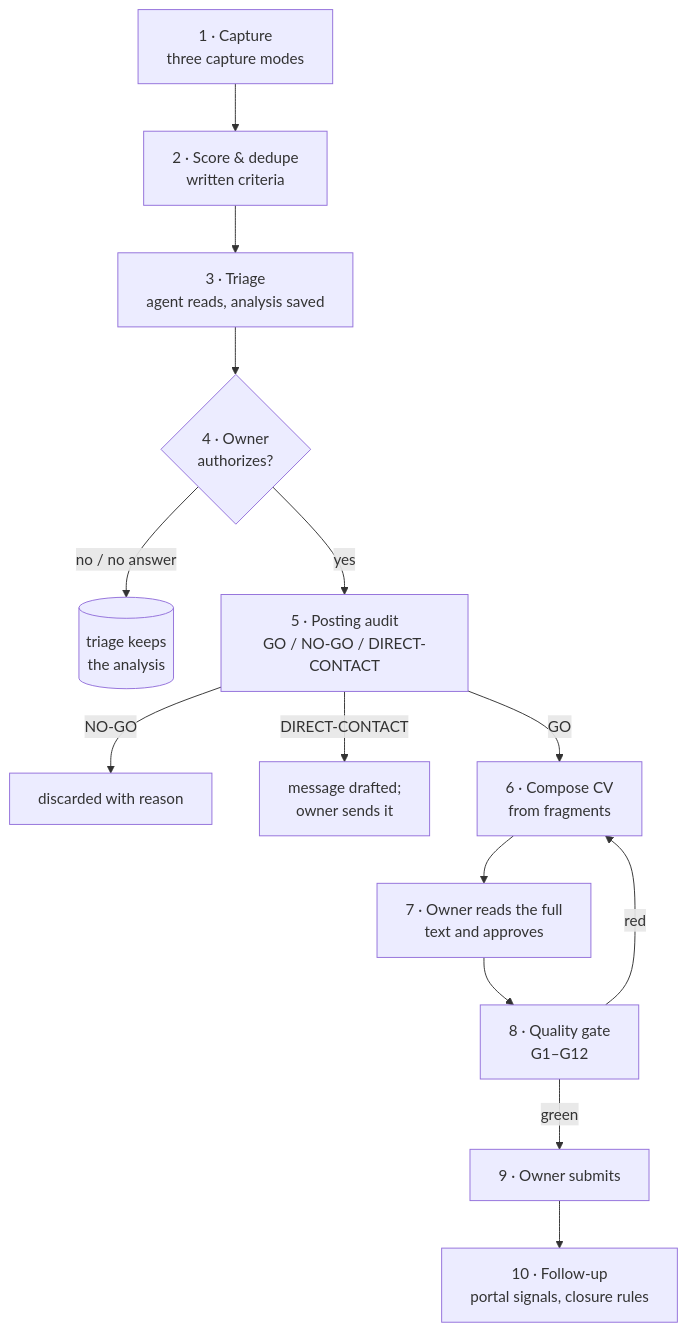
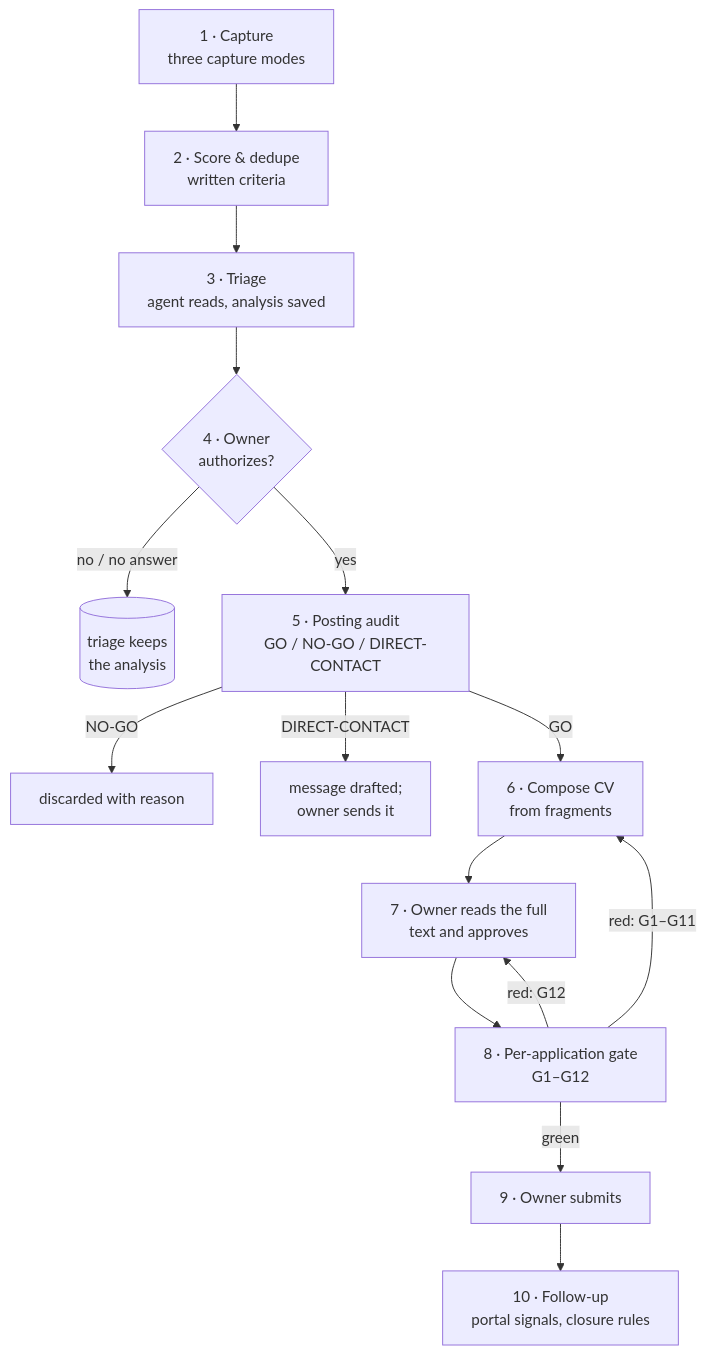
Before and after one commit to maaferna/job-search-agent-system: the diagram in docs/posting-lifecycle.md, drawn with Mermaid. The commit also changed other lines of this file and 18 other files, not shown here.

````diff
--- a/docs/posting-lifecycle.md
+++ b/docs/posting-lifecycle.md
@@ -6,16 +6,17 @@
 ```mermaid
 flowchart TD
     A[1 · Capture<br/>three capture modes] --> B[2 · Score & dedupe<br/>written criteria]
     B --> C[3 · Triage<br/>agent reads, analysis saved]
     C --> D{4 · Owner<br/>authorizes?}
     D -- no / no answer --> T[(triage keeps<br/>the analysis)]
     D -- yes --> E[5 · Posting audit<br/>GO / NO-GO / DIRECT-CONTACT]
     E -- NO-GO --> X[discarded with reason]
     E -- DIRECT-CONTACT --> K[message drafted;<br/>owner sends it]
     E -- GO --> F[6 · Compose CV<br/>from fragments]
     F --> G[7 · Owner reads the full<br/>text and approves]
-    G --> H[8 · Quality gate<br/>G1–G12]
-    H -- red --> F
+    G --> H[8 · Per-application gate<br/>G1–G12]
+    H -- red: G1–G11 --> F
+    H -- red: G12 --> G
     H -- green --> I[9 · Owner submits]
     I --> J[10 · Follow-up<br/>portal signals, closure rules]
 ```
````
